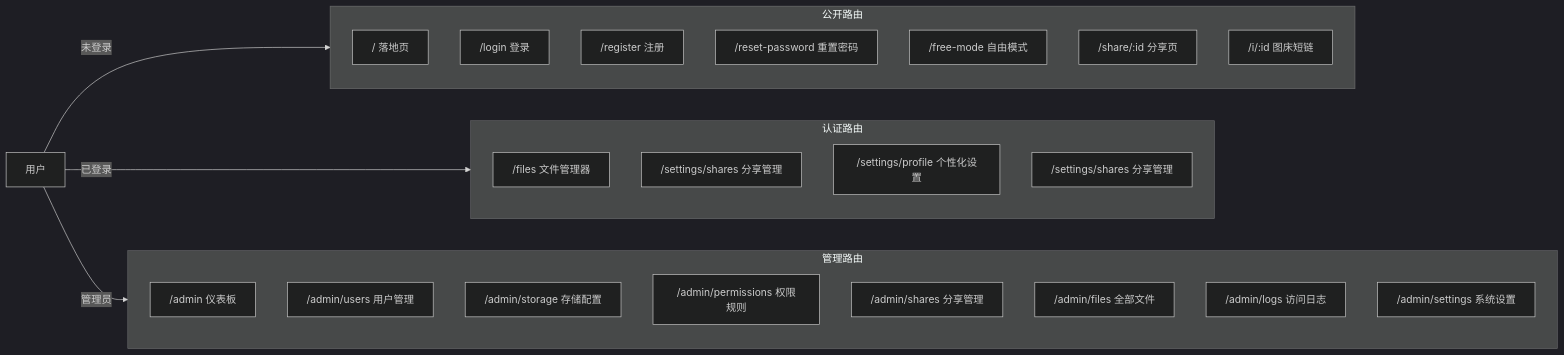
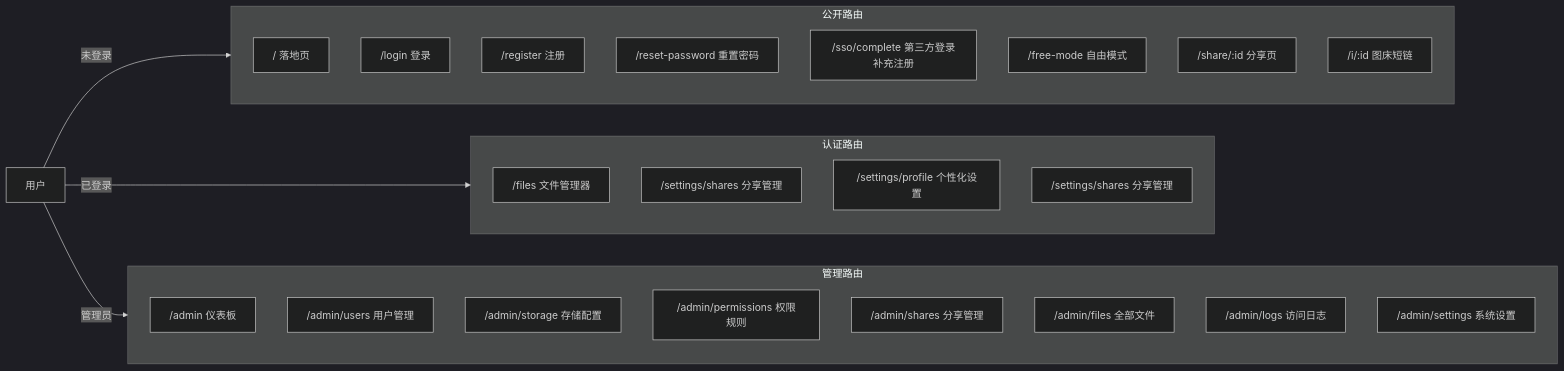
The diagram in docs/UI_CN.md (CelPlume/Picumet), drawn with Mermaid (dark theme) before and after one commit. The commit also changed other lines of this file and 1 other file, not shown here.

````diff
--- a/docs/UI_CN.md
+++ b/docs/UI_CN.md
@@ -46,37 +46,38 @@
 ```mermaid
 flowchart LR
     USER["用户"] -->|未登录| PUBLIC
     USER -->|已登录| AUTH
     USER -->|管理员| ADMIN
 
     subgraph PUBLIC["公开路由"]
         direction TB
         R1["/ 落地页"]
         R2["/login 登录"]
         R3["/register 注册"]
         R4["/reset-password 重置密码"]
+        R4b["/sso/complete 第三方登录补充注册"]
         R5["/free-mode 自由模式"]
         R6["/share/:id 分享页"]
         R7["/i/:id 图床短链"]
     end
 
     subgraph AUTH["认证路由"]
         direction TB
         R8["/files 文件管理器"]
         R9["/settings/shares 分享管理"]
         R10["/settings/profile 个性化设置"]
         R10b["/settings/shares 分享管理"]
     end
 
     subgraph ADMIN["管理路由"]
         direction TB
         R14["/admin 仪表板"]
         R15["/admin/users 用户管理"]
         R16["/admin/storage 存储配置"]
         R17["/admin/permissions 权限规则"]
         R18["/admin/shares 分享管理"]
         R19["/admin/files 全部文件"]
         R20["/admin/logs 访问日志"]
         R21["/admin/settings 系统设置"]
     end
 ```
````
